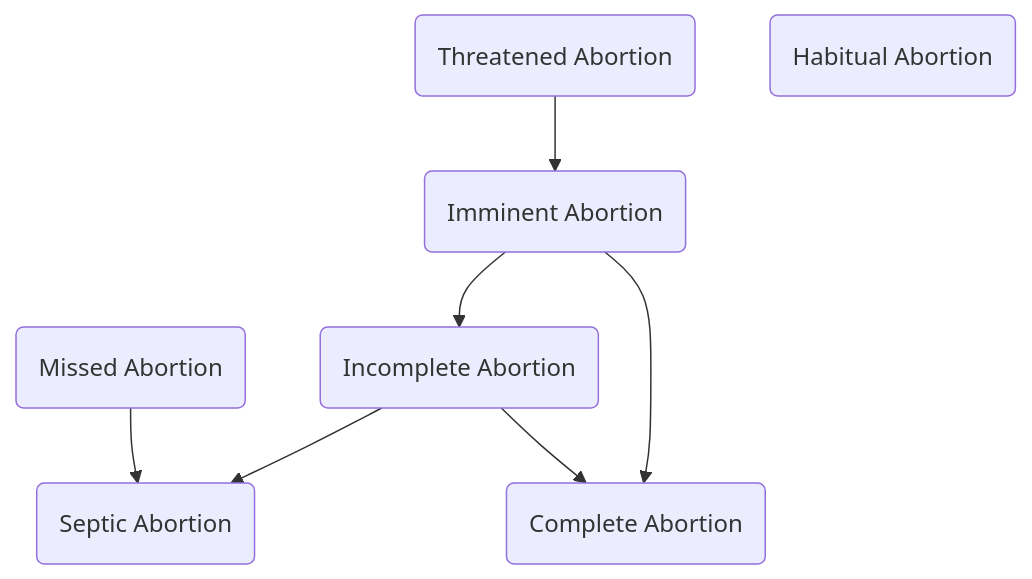
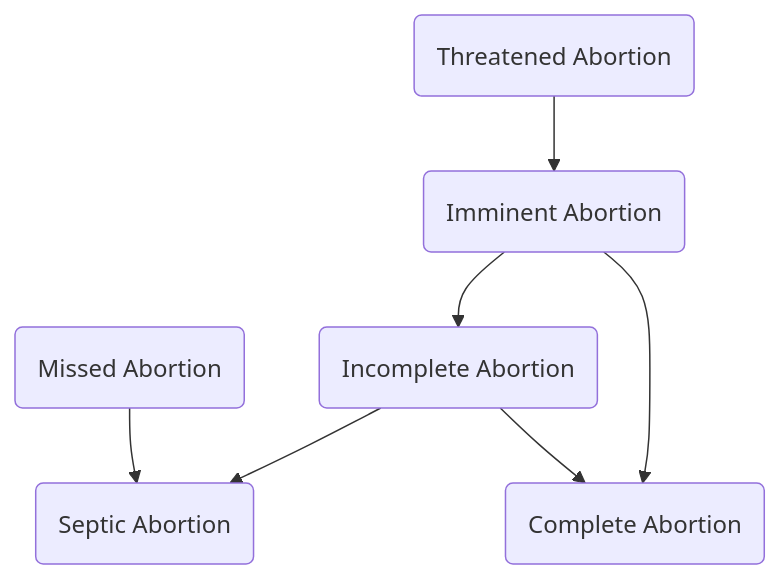
Before and after one commit to NoNotNotes/Yuubi: the first of 4 diagrams in content/CMPA/02-20 Abnormal OB.md, drawn with Mermaid. The commit also changed other lines of this file and 23 other files, not shown here.

````diff
--- a/content/CMPA/02-20 Abnormal OB.md
+++ b/content/CMPA/02-20 Abnormal OB.md
@@ -64,12 +64,11 @@
 ```mermaid
 flowchart TB
 1(Threatened Abortion)-->2
 2(Imminent Abortion)-->3
 2-->4
 3(Incomplete Abortion)-->6
 3-->4
 4(Complete Abortion)
 5(Missed Abortion)-->6
 6(Septic Abortion)
-7(Habitual Abortion)
 ```
````
